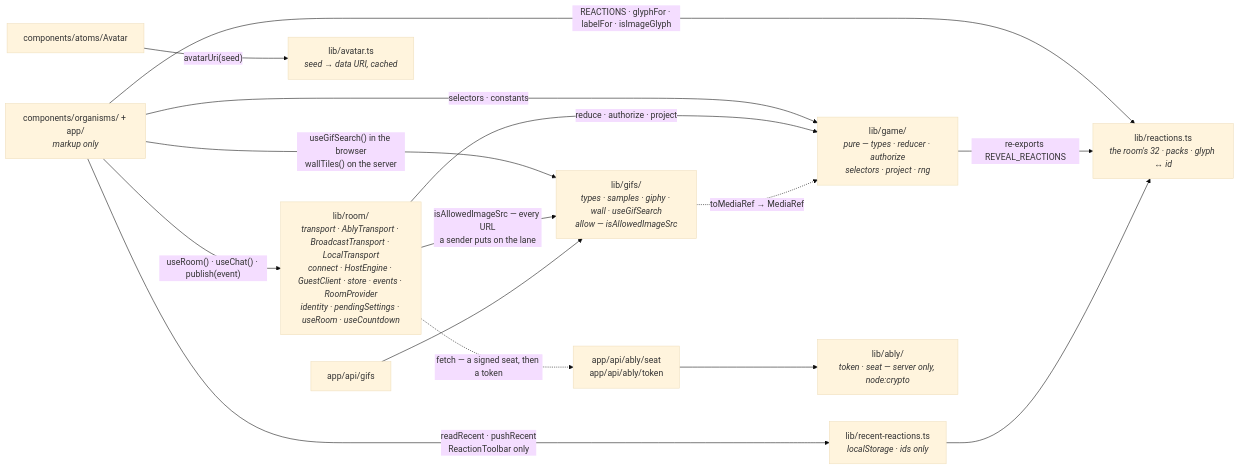
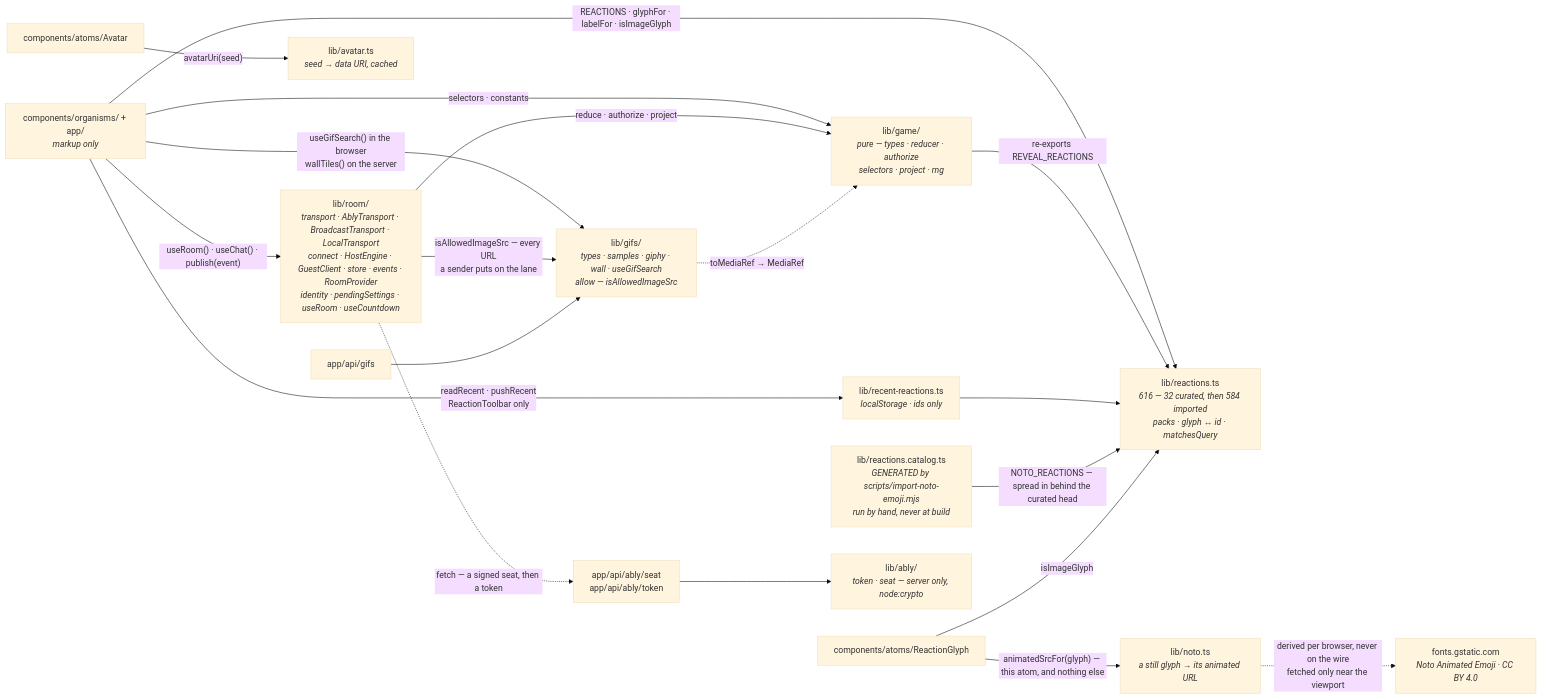
One commit to Jmeza081/captionist changed the second of 11 diagrams in docs/architecture.md. Above: the diagram before and after it, drawn with Mermaid (base theme). The commit also changed other lines of this file and 13 other files, not shown here.

````diff
--- a/docs/architecture.md
+++ b/docs/architecture.md
@@ -321,28 +352,36 @@
 ```mermaid
 graph LR
   U["components/organisms/ + app/<br/><i>markup only</i>"]
   R["lib/room/<br/><i>transport · AblyTransport · BroadcastTransport · LocalTransport<br/>connect · HostEngine · GuestClient · store · events · RoomProvider<br/>identity · pendingSettings · useRoom · useCountdown</i>"]
   G["lib/game/<br/><i>pure — types · reducer · authorize<br/>selectors · project · rng</i>"]
   F["lib/gifs/<br/><i>types · samples · giphy · wall · useGifSearch<br/>allow — isAllowedImageSrc</i>"]
   AV["lib/avatar.ts<br/><i>seed → data URI, cached</i>"]
-  RX["lib/reactions.ts<br/><i>the room's 32 · packs · glyph ↔ id</i>"]
+  RX["lib/reactions.ts<br/><i>616 — 32 curated, then 584 imported<br/>packs · glyph ↔ id · matchesQuery</i>"]
+  CAT["lib/reactions.catalog.ts<br/><i>GENERATED by scripts/import-noto-emoji.mjs<br/>run by hand, never at build</i>"]
+  NO["lib/noto.ts<br/><i>a still glyph → its animated URL</i>"]
+  GST["fonts.gstatic.com<br/><i>Noto Animated Emoji · CC BY 4.0</i>"]
   RC["lib/recent-reactions.ts<br/><i>localStorage · ids only</i>"]
   AT["components/atoms/Avatar"]
+  GL["components/atoms/ReactionGlyph"]
   API["app/api/gifs"]
   TKR["app/api/ably/seat<br/>app/api/ably/token"]
   ABL["lib/ably/<br/><i>token · seat — server only, node:crypto</i>"]
   U -->|"useRoom() · useChat() · publish(event)"| R
   U -->|"REACTIONS · glyphFor · labelFor · isImageGlyph"| RX
   U -->|"readRecent · pushRecent<br/>ReactionToolbar only"| RC
   U -->|"useGifSearch() in the browser<br/>wallTiles() on the server"| F
   U -->|"selectors · constants"| G
   AT -->|"avatarUri(seed)"| AV
   R -->|"reduce · authorize · project"| G
   R -->|"isAllowedImageSrc — every URL<br/>a sender puts on the lane"| F
   G -->|"re-exports REVEAL_REACTIONS"| RX
   RC --> RX
+  CAT -->|"NOTO_REACTIONS — spread in behind the curated head"| RX
+  GL -->|"isImageGlyph"| RX
+  GL -->|"animatedSrcFor(glyph) — this atom, and nothing else"| NO
+  NO -.->|"derived per browser, never on the wire<br/>fetched only near the viewport"| GST
   R -.->|"fetch — a signed seat, then a token"| TKR
   API --> F
   TKR --> ABL
   F -.->|"toMediaRef → MediaRef"| G
 ```
````
